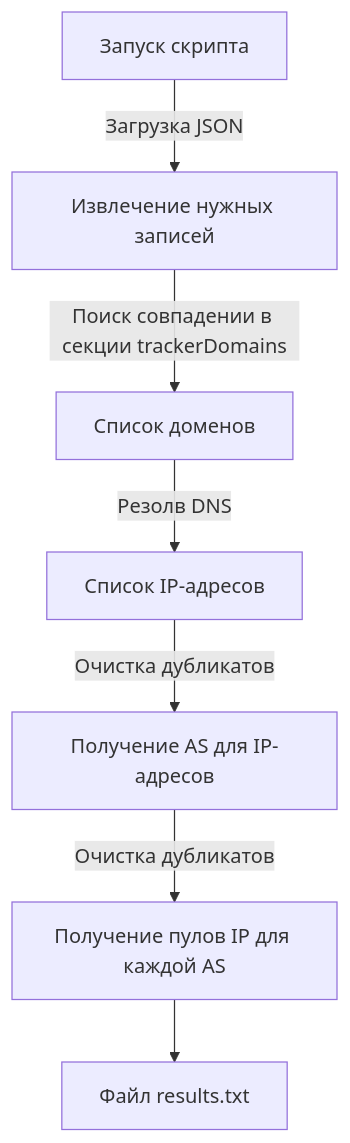
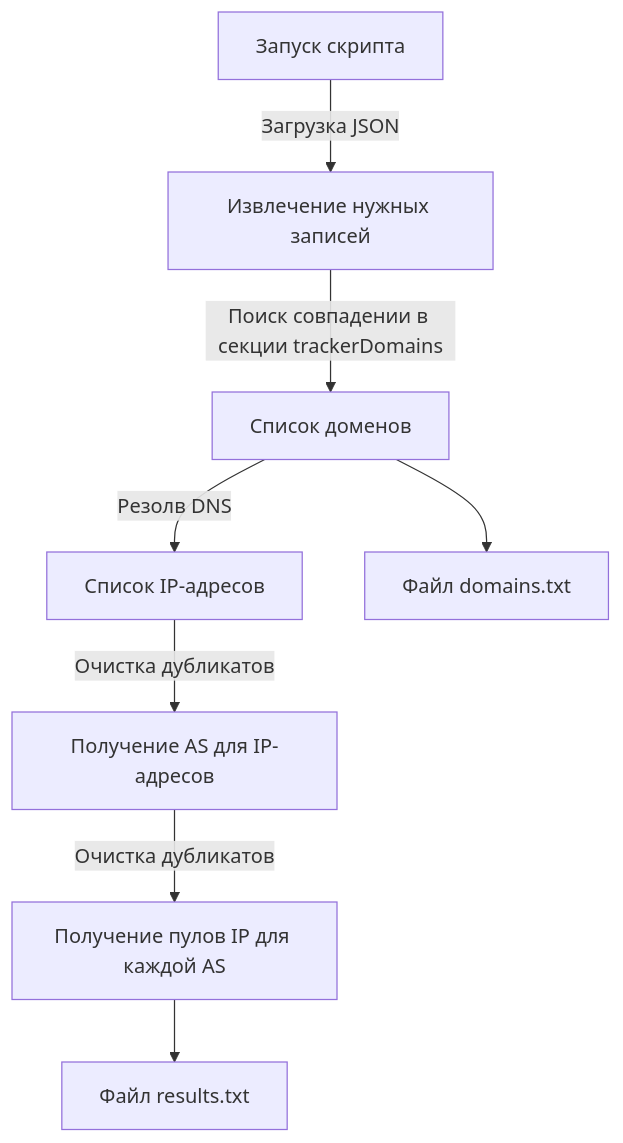
The second of 2 diagrams in README.md (wellafl3x/infotecs_TI_automation), drawn with Mermaid before and after one commit.

````diff
--- a/README.md
+++ b/README.md
@@ -66,9 +66,10 @@
 ```mermaid
 graph TD;
     A[Запуск скрипта] -->|Загрузка JSON| B[Извлечение нужных записей];
     B --> |Поиск совпадении в секции trackerDomains| C[Список доменов];
     C --> |Резолв DNS| D[Список IP-адресов];
     D --> |Очистка дубликатов| E[Получение AS для IP-адресов];
     E --> |Очистка дубликатов| F[Получение пулов IP для каждой AS];
     F --> G[Файл results.txt];
+    C --> H[Файл domains.txt];
 ```
````
